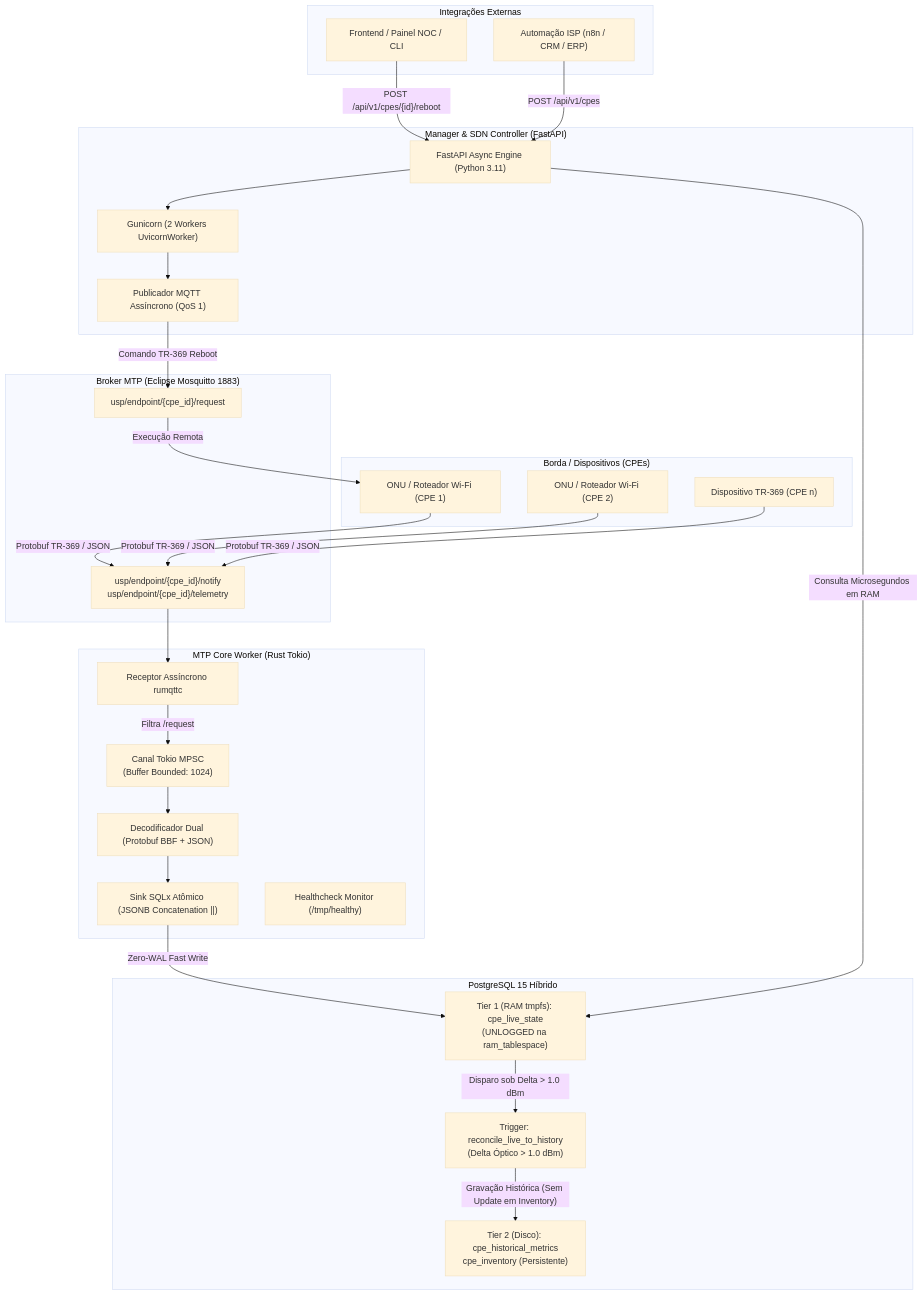
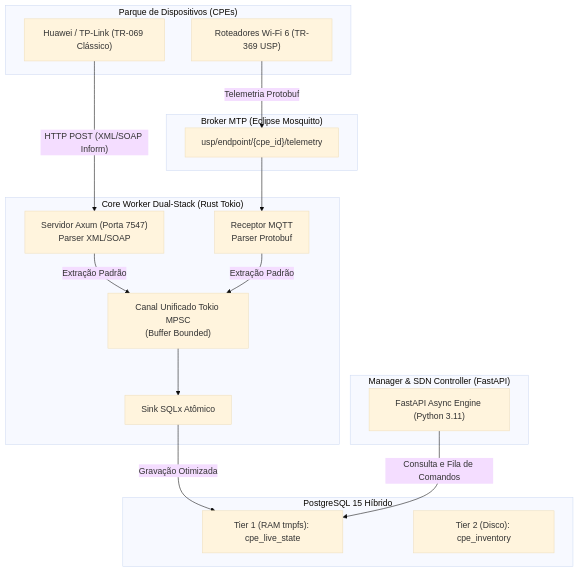
The diagram in README.md (LolyalOne/Rust-TR069), drawn with Mermaid (base theme) before and after one commit. The commit also changed other lines of this file and 79 other files, not shown here.

Commit message:
feat: Conclusão do Milestone 1 (Refatoração Dual-Stack no BD e API)

````diff
--- a/README.md
+++ b/README.md
@@ -32,59 +32,40 @@
 ```mermaid
 graph TD
-    subgraph "Borda / Dispositivos (CPEs)"
-        CPE1["ONU / Roteador Wi-Fi (CPE 1)"]
-        CPE2["ONU / Roteador Wi-Fi (CPE 2)"]
-        CPEn["Dispositivo TR-369 (CPE n)"]
+    subgraph "Parque de Dispositivos (CPEs)"
+        CPE_LEGACY["Huawei / TP-Link (TR-069 Clássico)"]
+        CPE_NEXT["Roteadores Wi-Fi 6 (TR-369 USP)"]
     end
 
-    subgraph "Broker MTP (Eclipse Mosquitto 1883)"
-        TOPIC_IN["usp/endpoint/{cpe_id}/notify<br/>usp/endpoint/{cpe_id}/telemetry"]
-        TOPIC_OUT["usp/endpoint/{cpe_id}/request"]
+    subgraph "Broker MTP (Eclipse Mosquitto)"
+        TOPIC_IN["usp/endpoint/{cpe_id}/telemetry"]
     end
 
-    subgraph "MTP Core Worker (Rust Tokio)"
-        MQTT_CLI["Receptor Assíncrono rumqttc"]
-        MPSC["Canal Tokio MPSC<br/>(Buffer Bounded: 1024)"]
-        PROST["Decodificador Dual (Protobuf BBF + JSON)"]
-        DB_SINK["Sink SQLx Atômico (JSONB Concatenation ||)"]
-        HEALTH_RUST["Healthcheck Monitor (/tmp/healthy)"]
+    subgraph "Core Worker Dual-Stack (Rust Tokio)"
+        HTTP_CWMP["Servidor Axum (Porta 7547)<br/>Parser XML/SOAP"]
+        MQTT_CLI["Receptor MQTT<br/>Parser Protobuf"]
+        MPSC["Canal Unificado Tokio MPSC<br/>(Buffer Bounded)"]
+        DB_SINK["Sink SQLx Atômico"]
     end
 
     subgraph "PostgreSQL 15 Híbrido"
-        RAM_TBL["Tier 1 (RAM tmpfs): cpe_live_state<br/>(UNLOGGED na ram_tablespace)"]
-        TRIGGER["Trigger: reconcile_live_to_history<br/>(Delta Óptico > 1.0 dBm)"]
-        DISK_TBL["Tier 2 (Disco): cpe_historical_metrics<br/>cpe_inventory (Persistente)"]
+        RAM_TBL["Tier 1 (RAM tmpfs): cpe_live_state"]
+        DISK_TBL["Tier 2 (Disco): cpe_inventory"]
     end
 
     subgraph "Manager & SDN Controller (FastAPI)"
         API["FastAPI Async Engine (Python 3.11)"]
-        GUNICORN["Gunicorn (2 Workers UvicornWorker)"]
-        PUB["Publicador MQTT Assíncrono (QoS 1)"]
     end
 
-    subgraph "Integrações Externas"
-        N8N["Automação ISP (n8n / CRM / ERP)"]
-        DASH["Frontend / Painel NOC / CLI"]
-    end
+    %% Fluxos Upstream
+    CPE_NEXT -->|"Telemetria Protobuf"| TOPIC_IN
+    TOPIC_IN --> MQTT_CLI
+    CPE_LEGACY -->|"HTTP POST (XML/SOAP Inform)"| HTTP_CWMP
+    
+    HTTP_CWMP -->|"Extração Padrão"| MPSC
+    MQTT_CLI -->|"Extração Padrão"| MPSC
+    MPSC --> DB_SINK
+    DB_SINK -->|"Gravação Otimizada"| RAM_TBL
 
-    %% Fluxos Upstream (Telemetria)
-    CPE1 -->|Protobuf TR-369 / JSON| TOPIC_IN
-    CPE2 -->|Protobuf TR-369 / JSON| TOPIC_IN
-    CPEn -->|Protobuf TR-369 / JSON| TOPIC_IN
-    TOPIC_IN --> MQTT_CLI
-    MQTT_CLI -->|"Filtra /request"| MPSC
-    MPSC --> PROST
-    PROST --> DB_SINK
-    DB_SINK -->|"Zero-WAL Fast Write"| RAM_TBL
-    RAM_TBL -->|"Disparo sob Delta > 1.0 dBm"| TRIGGER
-    TRIGGER -->|"Gravação Histórica (Sem Update em Inventory)"| DISK_TBL
-
-    %% Fluxos Downstream (Comandos)
-    DASH -->|"POST /api/v1/cpes/{id}/reboot"| API
-    N8N -->|POST /api/v1/cpes| API
-    API -->|"Consulta Microsegundos em RAM"| RAM_TBL
-    API --> GUNICORN
-    GUNICORN --> PUB
-    PUB -->|Comando TR-369 Reboot| TOPIC_OUT
-    TOPIC_OUT -->|Execução Remota| CPE1
+    %% Fluxos Downstream
+    API -->|"Consulta e Fila de Comandos"| RAM_TBL
 ```
````
